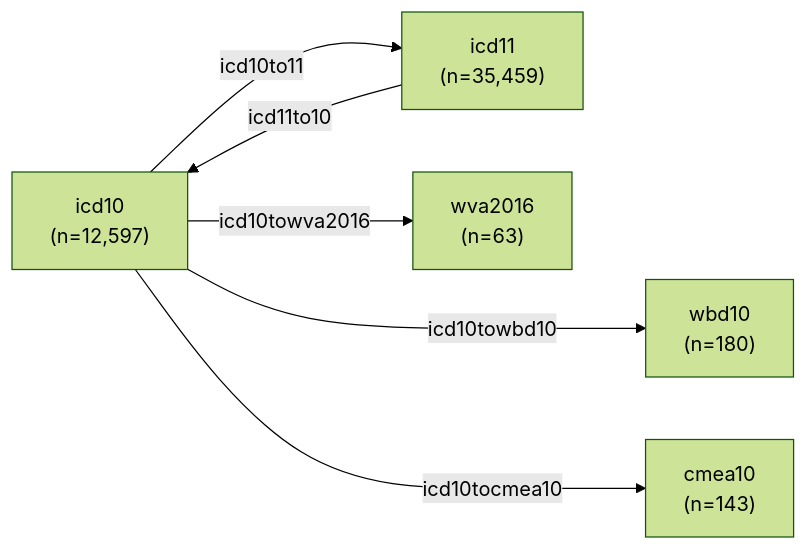
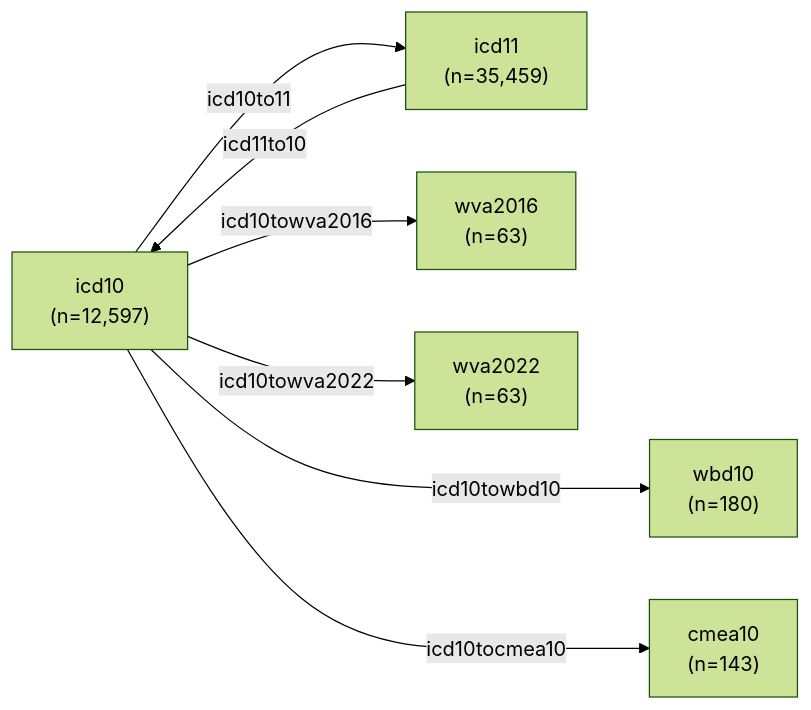
The diagram in data/README.md (cghr-toronto/icd), drawn with Mermaid (forest theme) before and after one commit. The commit also changed other lines of this file and 14 other files, not shown here.

Commit message:
Process WVA 2022 from Bryan; Fix missing short icd range in R for wva2022; Add example for mapping WBD and other coding standards; More descriptive age group for WBD

````diff
--- a/data/README.md
+++ b/data/README.md
@@ -10,15 +10,17 @@
 ```mermaid
 flowchart LR;
 
 cmea10["cmea10<br>(n=143)"]
 wbd10["wbd10<br>(n=180)"]
 icd10["icd10<br>(n=12,597)"]
 icd11["icd11<br>(n=35,459)"]
 wva2016["wva2016<br>(n=63)"]
+wva2022["wva2022<br>(n=63)"]
 
 icd10 --> |icd10to11| icd11
 icd11 --> |icd11to10| icd10
 icd10 ---> |icd10towbd10| wbd10
 icd10 ---> |icd10tocmea10| cmea10
 icd10 --> |icd10towva2016| wva2016
+icd10 --> |icd10towva2022| wva2022
 ```
````
